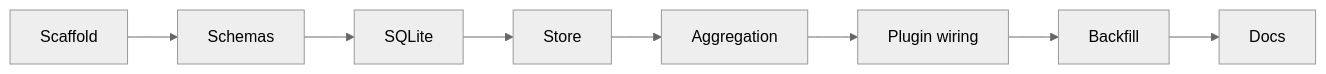
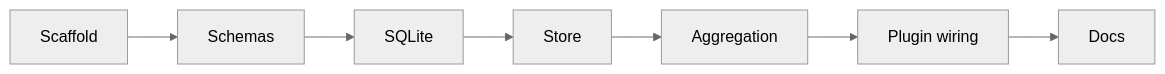
One commit to dxta-dev/clankers changed the diagram in lode/plans/plan.md. Above: the diagram before and after it, drawn with Mermaid (neutral theme). The commit also changed other lines of this file and 24 other files, not shown here.

````diff
--- a/lode/plans/plan.md
+++ b/lode/plans/plan.md
@@ -33,10 +32,9 @@
 ```mermaid
 flowchart LR
   Step1[Scaffold] --> Step2[Schemas]
   Step2 --> Step3[SQLite]
   Step3 --> Step4[Store]
   Step4 --> Step5[Aggregation]
   Step5 --> Step6[Plugin wiring]
-  Step6 --> Step7[Backfill]
-  Step7 --> Step8[Docs]
+  Step6 --> Step7[Docs]
 ```
````
